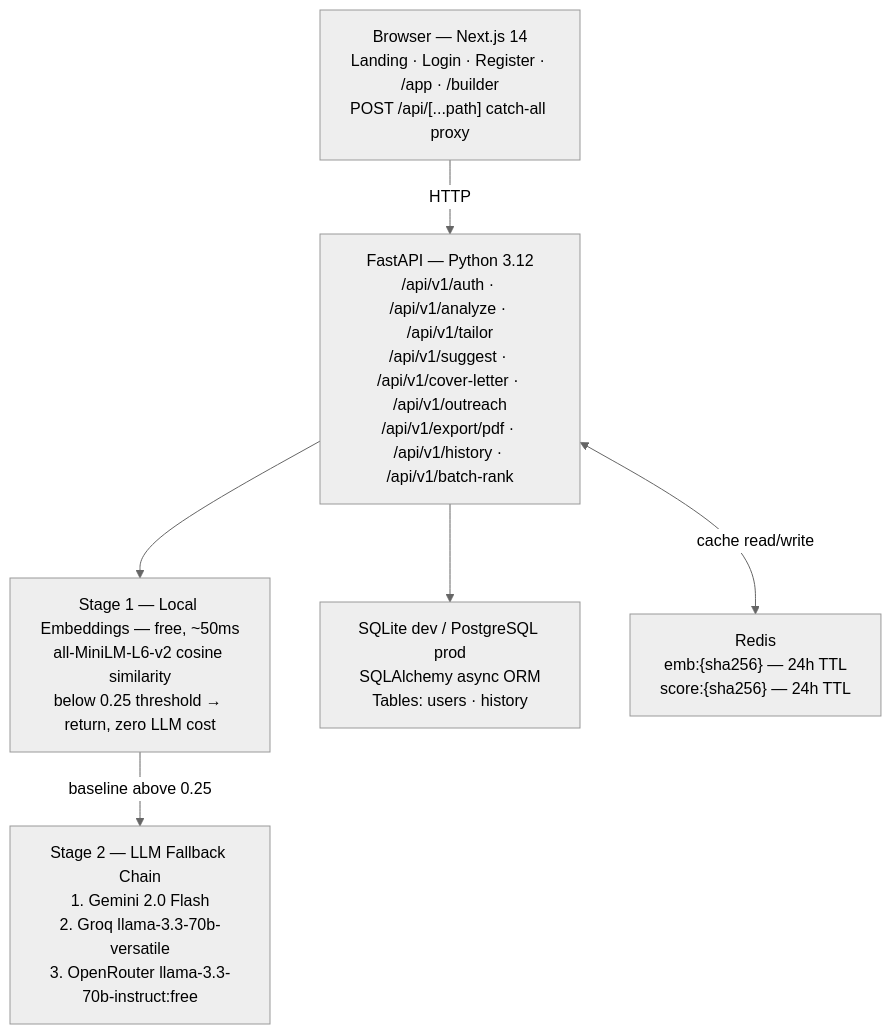
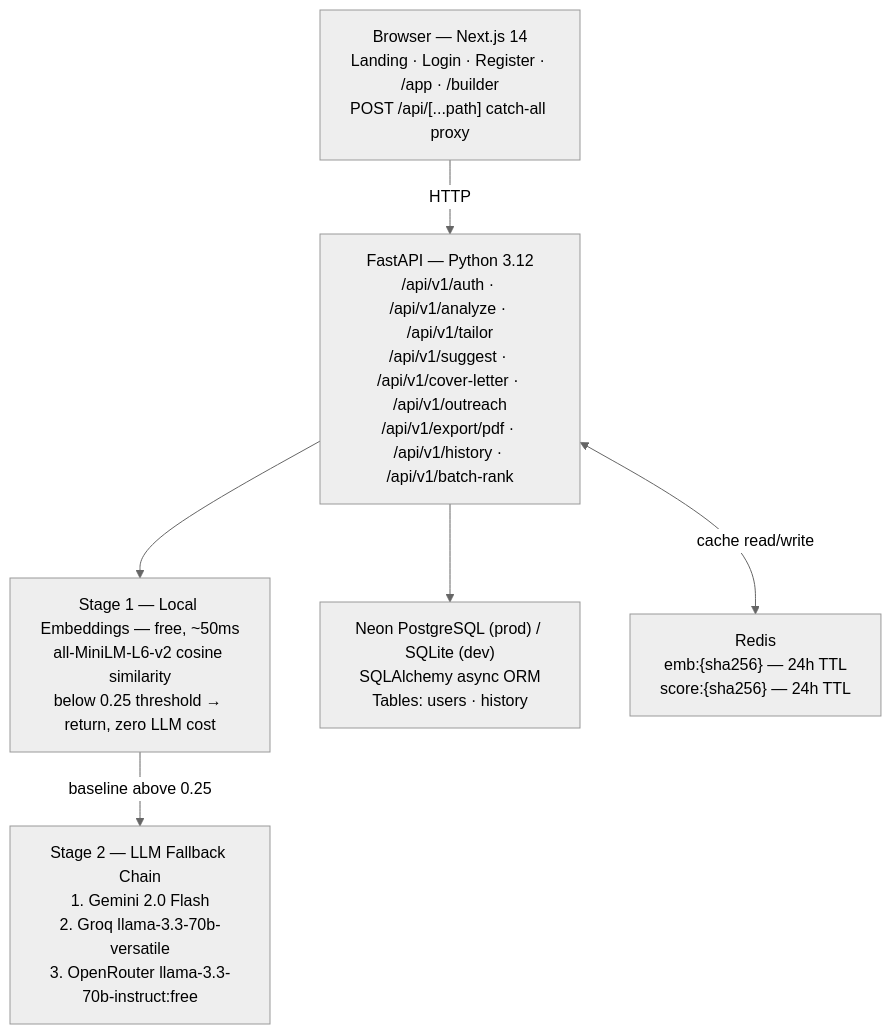
Before and after one commit to anagha012004/AI-Powered-Resume-JD-Matcher: the first of 3 diagrams in README.md, drawn with Mermaid (neutral theme). The commit also changed other lines of this file and 4 other files, not shown here.

````diff
--- a/README.md
+++ b/README.md
@@ -66,15 +63,15 @@
 ```mermaid
 graph TD
     Browser["Browser — Next.js 14\nLanding · Login · Register · /app · /builder\nPOST /api/[...path] catch-all proxy"]
     FastAPI["FastAPI — Python 3.12\n/api/v1/auth · /api/v1/analyze · /api/v1/tailor\n/api/v1/suggest · /api/v1/cover-letter · /api/v1/outreach\n/api/v1/export/pdf · /api/v1/history · /api/v1/batch-rank"]
     Stage1["Stage 1 — Local Embeddings — free, ~50ms\nall-MiniLM-L6-v2 cosine similarity\nbelow 0.25 threshold → return, zero LLM cost"]
     Stage2["Stage 2 — LLM Fallback Chain\n1. Gemini 2.0 Flash\n2. Groq llama-3.3-70b-versatile\n3. OpenRouter llama-3.3-70b-instruct:free"]
-    DB["SQLite dev / PostgreSQL prod\nSQLAlchemy async ORM\nTables: users · history"]
+    DB["Neon PostgreSQL (prod) / SQLite (dev)\nSQLAlchemy async ORM\nTables: users · history"]
     Redis["Redis\nemb:{sha256} — 24h TTL\nscore:{sha256} — 24h TTL"]
 
     Browser -->|HTTP| FastAPI
     FastAPI --> Stage1
     Stage1 -->|baseline above 0.25| Stage2
     FastAPI --> DB
     FastAPI <-->|cache read/write| Redis
 ```
````
